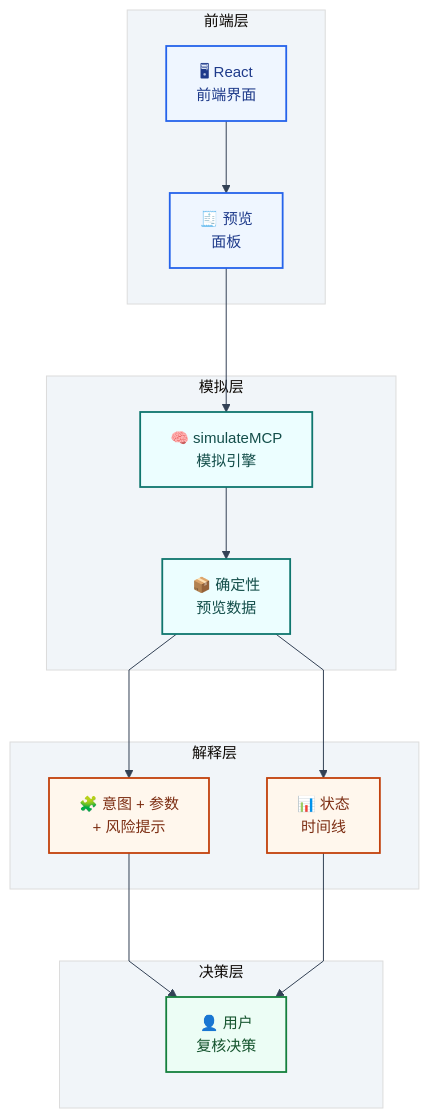
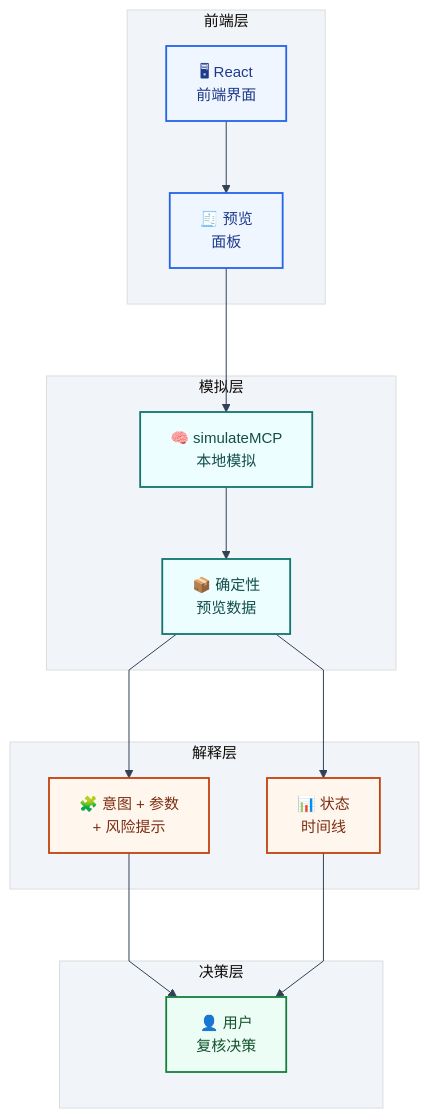
One commit to sunshineluyao/Moss-Mcp-Transaction changed the eighth of 8 diagrams in README.md. Above: the diagram before and after it, drawn with Mermaid. The commit also changed other lines of this file, not shown here.

Commit message:
docs: clarify local simulation vs live Moss MCP

````diff
--- a/README.md
+++ b/README.md
@@ -731,34 +732,34 @@
 ```mermaid
 %%{init: {'theme':'base','flowchart': {'htmlLabels': true, 'nodeSpacing': 58, 'rankSpacing': 72, 'curve': 'linear'},'themeVariables': {'fontFamily':'Trebuchet MS, Segoe UI, sans-serif','fontSize':'15px','primaryColor':'#eef6ff','primaryBorderColor':'#3b82f6','primaryTextColor':'#0f172a','lineColor':'#334155','secondaryColor':'#f8fafc','tertiaryColor':'#f1f5f9','edgeLabelBackground':'#e2e8f0'}}}%%
 flowchart TB
   subgraph L1[前端层]
     UI["🖥 React<br/>前端界面"] --> Preview["🧾 预览<br/>面板"]
   end
 
   subgraph L2[模拟层]
-    Engine["🧠 simulateMCP<br/>模拟引擎"] --> Data["📦 确定性<br/>预览数据"]
+    Engine["🧠 simulateMCP<br/>本地模拟"] --> Data["📦 确定性<br/>预览数据"]
   end
 
   subgraph L3[解释层]
     Cards["🧩 意图 + 参数<br/>+ 风险提示"]
     Timeline["📊 状态<br/>时间线"]
   end
 
   subgraph L4[决策层]
     User["👤 用户<br/>复核决策"]
   end
 
   Preview --> Engine
   Data --> Cards --> User
   Data --> Timeline --> User
 
   classDef frontend fill:#eff6ff,stroke:#2563eb,stroke-width:1.8px,color:#1e3a8a;
   classDef sim fill:#ecfeff,stroke:#0f766e,stroke-width:1.8px,color:#134e4a;
   classDef explain fill:#fff7ed,stroke:#c2410c,stroke-width:1.8px,color:#7c2d12;
   classDef decision fill:#ecfdf5,stroke:#15803d,stroke-width:1.8px,color:#14532d;
 
   class UI,Preview frontend;
   class Engine,Data sim;
   class Cards,Timeline explain;
   class User decision;
 ```
````
